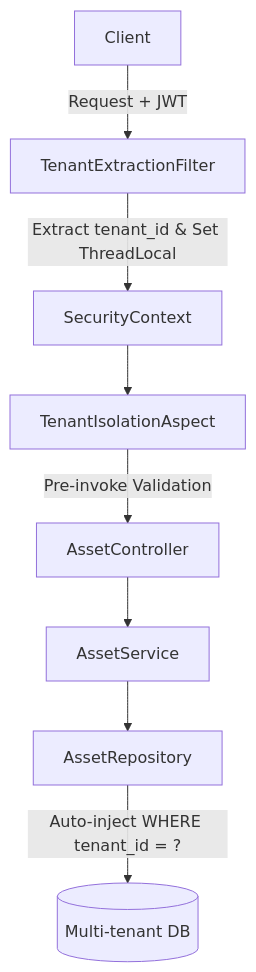
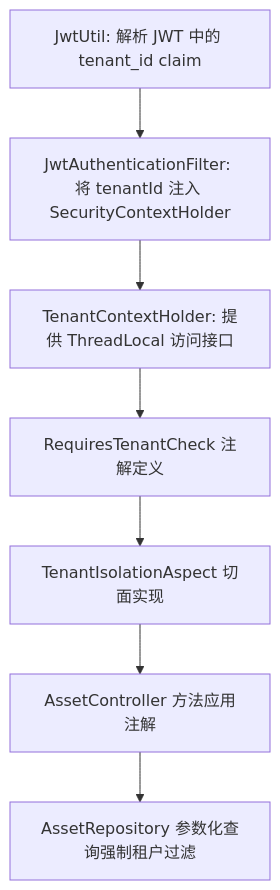
Before and after one commit to lenaelelle672-beep/forthams: the first of 3 diagrams in spec.md, drawn with Mermaid. The commit also changed other lines of this file and 290 other files, not shown here.

````diff
--- a/spec.md
+++ b/spec.md
@@ -343,10 +248,9 @@
 ```mermaid
 graph TD
-    Client -->|Request + JWT| Filter[TenantExtractionFilter]
-    Filter -->|Extract tenant_id & Set ThreadLocal| SecurityContext
-    SecurityContext --> Aspect[TenantIsolationAspect]
-    Aspect -->|Pre-invoke Validation| Controller[AssetController]
-    Controller --> Service[AssetService]
-    Service --> Repository[AssetRepository]
-    Repository -->|Auto-inject WHERE tenant_id = ?| Database[(Multi-tenant DB)]
+    A[JwtUtil: 解析 JWT 中的 tenant_id claim] --> B[JwtAuthenticationFilter: 将 tenantId 注入 SecurityContextHolder]
+    B --> C[TenantContextHolder: 提供 ThreadLocal 访问接口]
+    C --> D[RequiresTenantCheck 注解定义]
+    D --> E[TenantIsolationAspect 切面实现]
+    E --> F[AssetController 方法应用注解]
+    F --> G[AssetRepository 参数化查询强制租户过滤]
 ```
````
